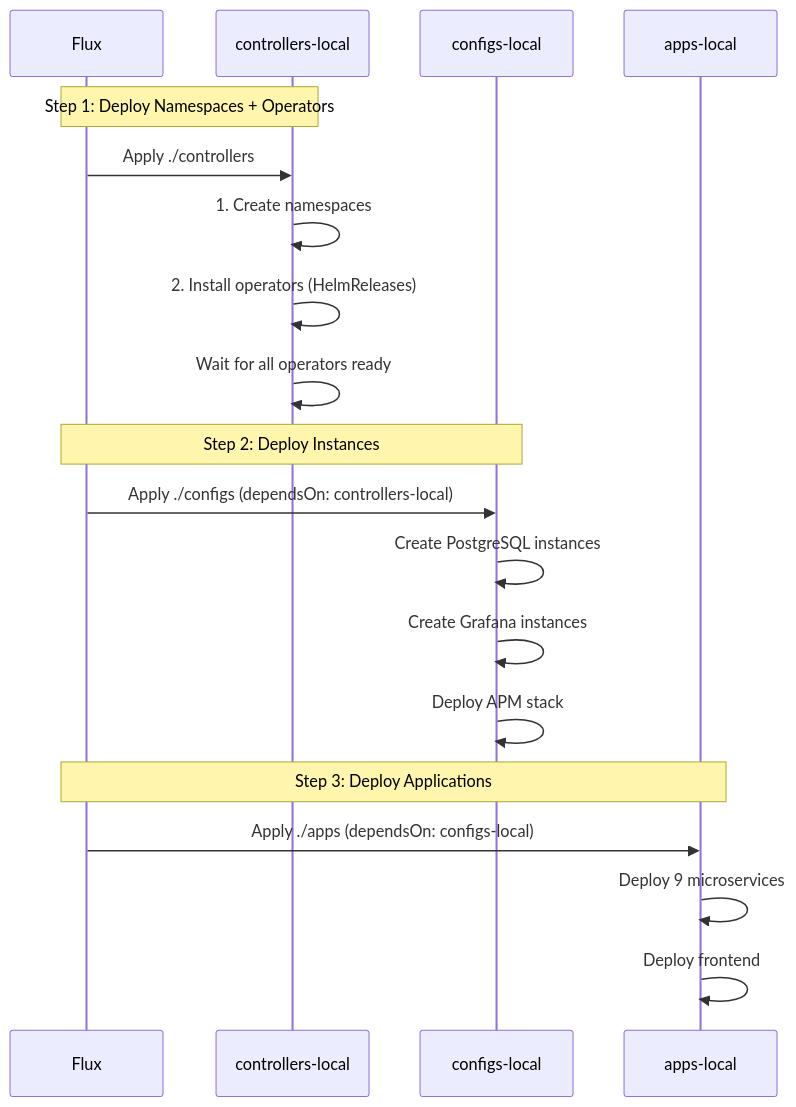
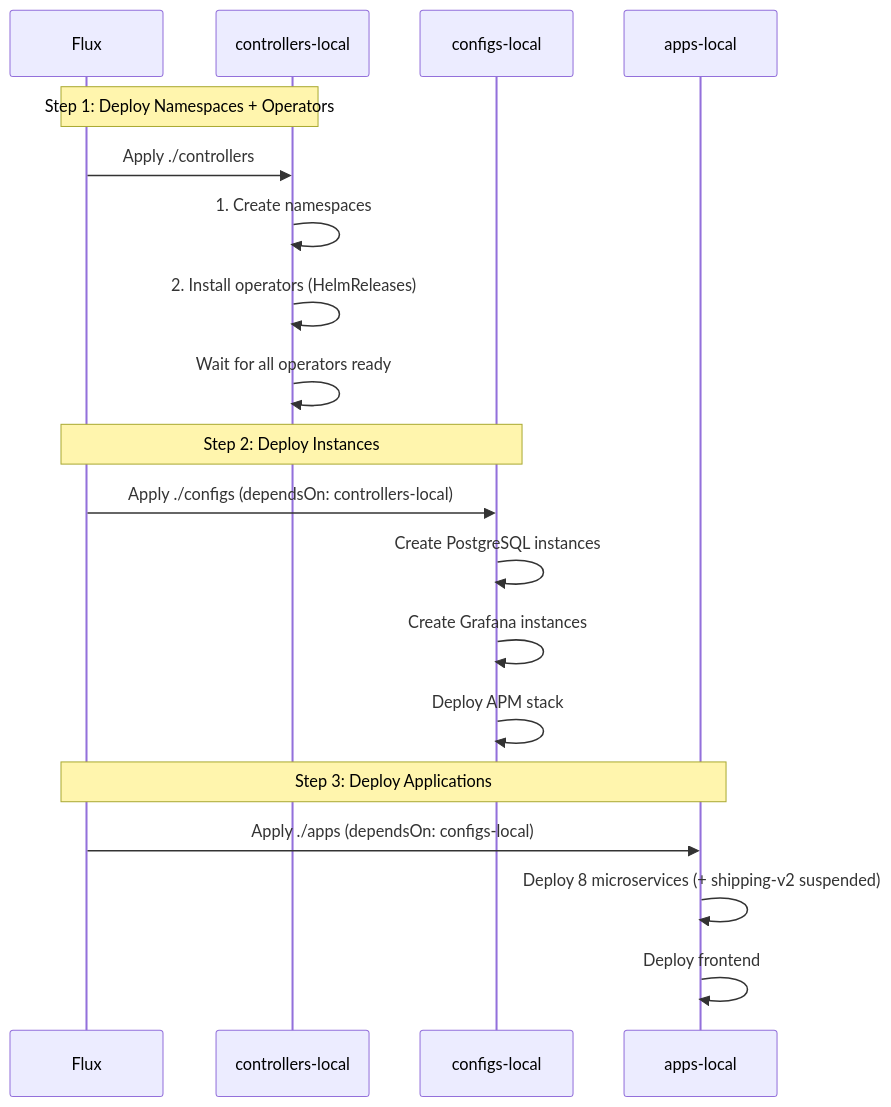
Before and after one commit to duynhlab/homelab: the first of 2 diagrams in kubernetes/README.md, drawn with Mermaid. The commit also changed other lines of this file and 7 other files, not shown here.

````diff
--- a/kubernetes/README.md
+++ b/kubernetes/README.md
@@ -75,24 +75,24 @@
 ```mermaid
 sequenceDiagram
     participant Flux
     participant Controllers as controllers-local
     participant Configs as configs-local
     participant Apps as apps-local
     
     Note over Flux,Controllers: Step 1: Deploy Namespaces + Operators
     Flux->>Controllers: Apply ./controllers
     Controllers->>Controllers: 1. Create namespaces
     Controllers->>Controllers: 2. Install operators (HelmReleases)
     Controllers->>Controllers: Wait for all operators ready
     
     Note over Flux,Configs: Step 2: Deploy Instances
     Flux->>Configs: Apply ./configs (dependsOn: controllers-local)
     Configs->>Configs: Create PostgreSQL instances
     Configs->>Configs: Create Grafana instances
     Configs->>Configs: Deploy APM stack
     
     Note over Flux,Apps: Step 3: Deploy Applications
     Flux->>Apps: Apply ./apps (dependsOn: configs-local)
-    Apps->>Apps: Deploy 9 microservices
+    Apps->>Apps: Deploy 8 microservices (+ shipping-v2 suspended)
     Apps->>Apps: Deploy frontend
 ```
````
